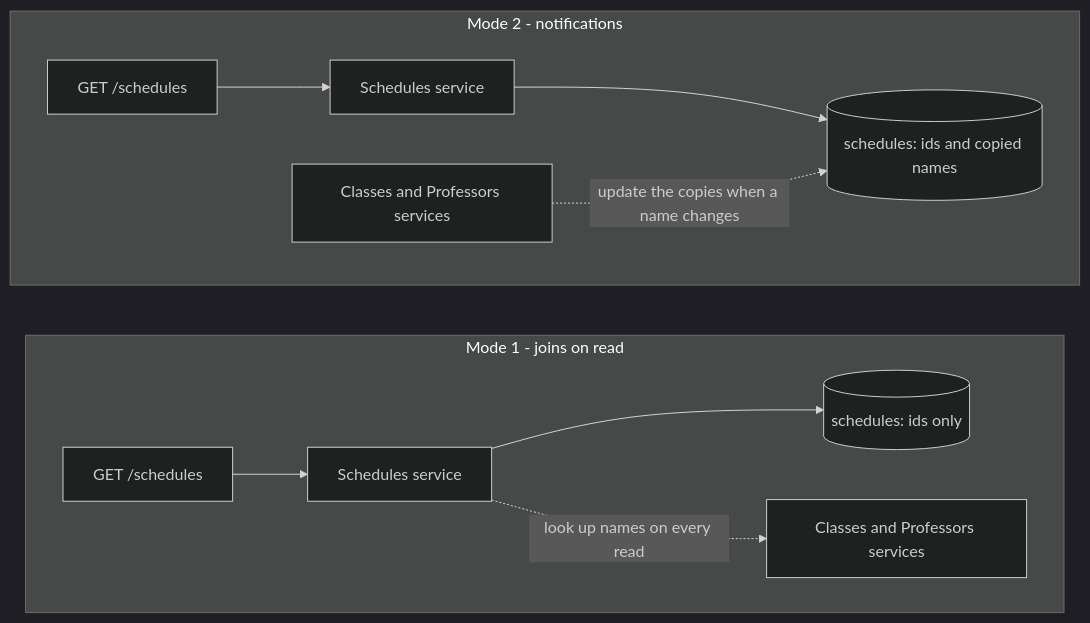
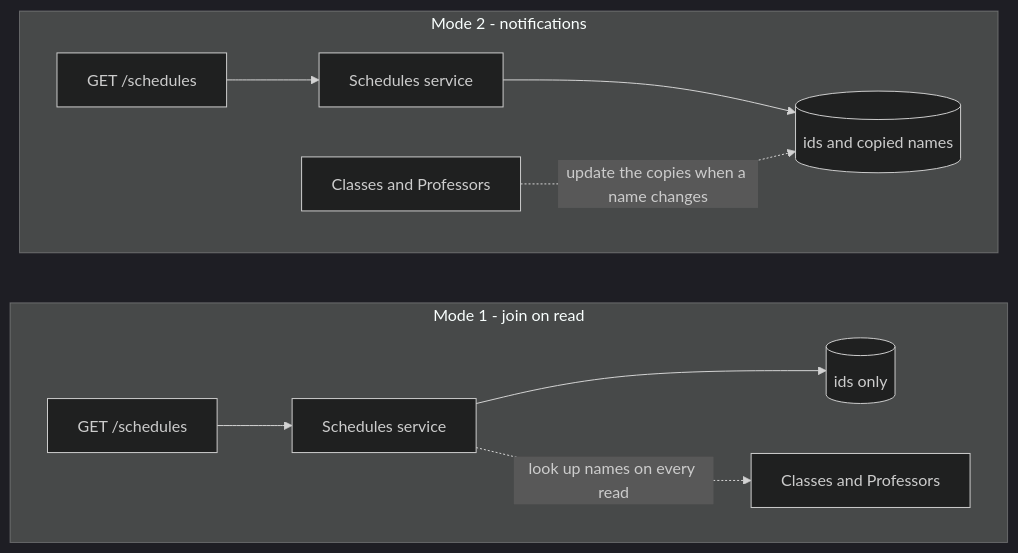
One commit to herrcristi/small-nodejs-service changed the fifth of 8 diagrams in README.md. Above: the diagram before and after it, drawn with Mermaid (dark theme). The commit also changed other lines of this file and 7 other files, not shown here.

````diff
--- a/README.md
+++ b/README.md
@@ -205,15 +118,15 @@
 ```mermaid
 flowchart LR
-  subgraph m1 [Mode 1 - joins on read]
+  subgraph join [Mode 1 - join on read]
     direction LR
     g1["GET /schedules"] --> s1["Schedules service"]
-    s1 --> db1[("schedules: ids only")]
-    s1 -.->|"look up names on every read"| o1["Classes and Professors services"]
+    s1 --> db1[("ids only")]
+    s1 -.->|"look up names on every read"| o1["Classes and Professors"]
   end
-  subgraph m2 [Mode 2 - notifications]
+  subgraph notif [Mode 2 - notifications]
     direction LR
     g2["GET /schedules"] --> s2["Schedules service"]
-    s2 --> db2[("schedules: ids and copied names")]
-    o2["Classes and Professors services"] -.->|"update the copies when a name changes"| db2
+    s2 --> db2[("ids and copied names")]
+    o2["Classes and Professors"] -.->|"update the copies when a name changes"| db2
   end
 ```
````
